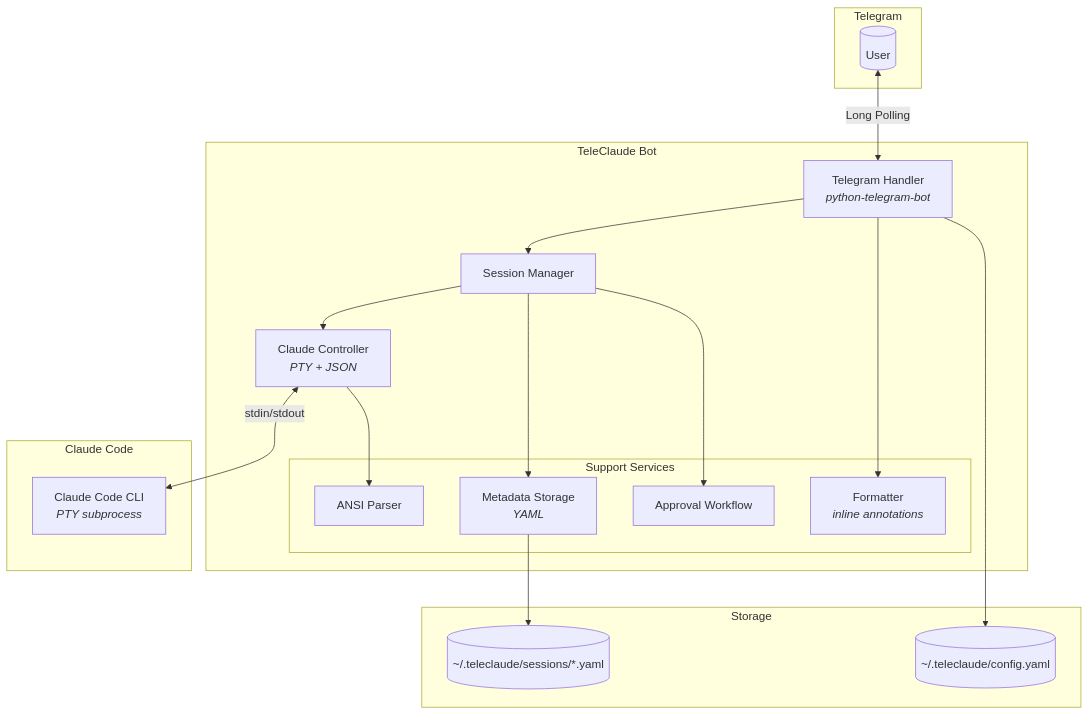
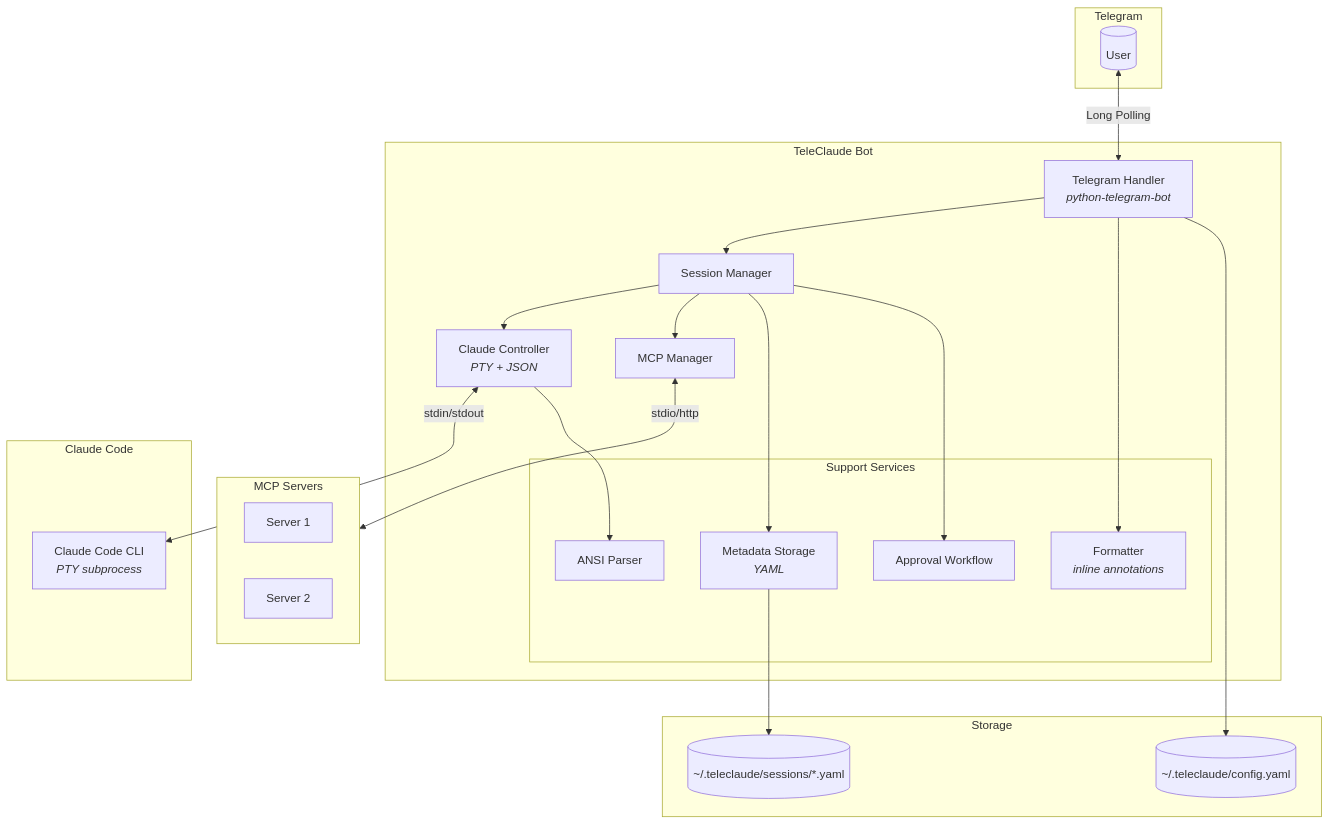
Before and after one commit to dpolishuk/teleclaude: the first of 4 diagrams in README.md, drawn with Mermaid. The commit also changed other lines of this file, not shown here.

Commit message:
docs: update README with architecture and MCP details

````diff
--- a/README.md
+++ b/README.md
@@ -9,41 +9,50 @@
 ```mermaid
 flowchart TB
     subgraph Telegram["Telegram"]
         User[("User")]
     end
 
     subgraph Bot["TeleClaude Bot"]
         TH["Telegram Handler<br/><i>python-telegram-bot</i>"]
         SM["Session Manager"]
         CC["Claude Controller<br/><i>PTY + JSON</i>"]
+        MCP["MCP Manager"]
 
         subgraph Support["Support Services"]
             FMT["Formatter<br/><i>inline annotations</i>"]
             META["Metadata Storage<br/><i>YAML</i>"]
             ANSI["ANSI Parser"]
             APR["Approval Workflow"]
         end
     end
 
     subgraph Claude["Claude Code"]
         CLI["Claude Code CLI<br/><i>PTY subprocess</i>"]
     end
 
+    subgraph MCPServers["MCP Servers"]
+        SRV1["Server 1"]
+        SRV2["Server 2"]
+    end
+
     subgraph Storage["Storage"]
         CFG[("~/.teleclaude/config.yaml")]
         SESS[("~/.teleclaude/sessions/*.yaml")]
     end
 
     User <-->|"Long Polling"| TH
     TH --> SM
     SM --> CC
     CC <-->|"stdin/stdout"| CLI
+    
+    SM --> MCP
+    MCP <-->|"stdio/http"| MCPServers
 
     TH --> FMT
     SM --> META
     CC --> ANSI
     SM --> APR
 
     META --> SESS
     TH --> CFG
 ```
````
